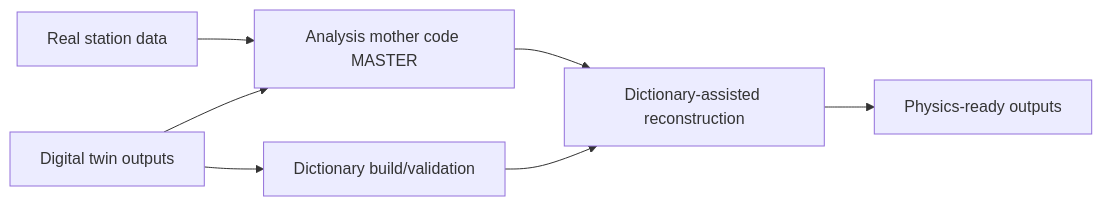
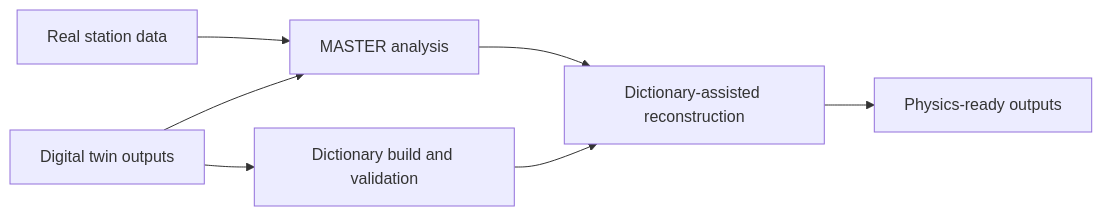
One commit to csoneira/DATAFLOW_v3 changed the diagram in DOCUMENTATION/docs/project/scientific-case.md. Above: the diagram before and after it, drawn with Mermaid. The commit also changed other lines of this file and 55 other files, not shown here.

````diff
--- a/DOCUMENTATION/docs/project/scientific-case.md
+++ b/DOCUMENTATION/docs/project/scientific-case.md
@@ -21,9 +17,9 @@
 ```mermaid
 flowchart LR
-    R[Real station data] --> A[Analysis mother code MASTER]
+    R[Real station data] --> A[MASTER analysis]
     S[Digital twin outputs] --> A
-    S --> D[Dictionary build/validation]
+    S --> D1[Dictionary build and validation]
     A --> D2[Dictionary-assisted reconstruction]
-    D --> D2
+    D1 --> D2
     D2 --> O[Physics-ready outputs]
 ```
````
